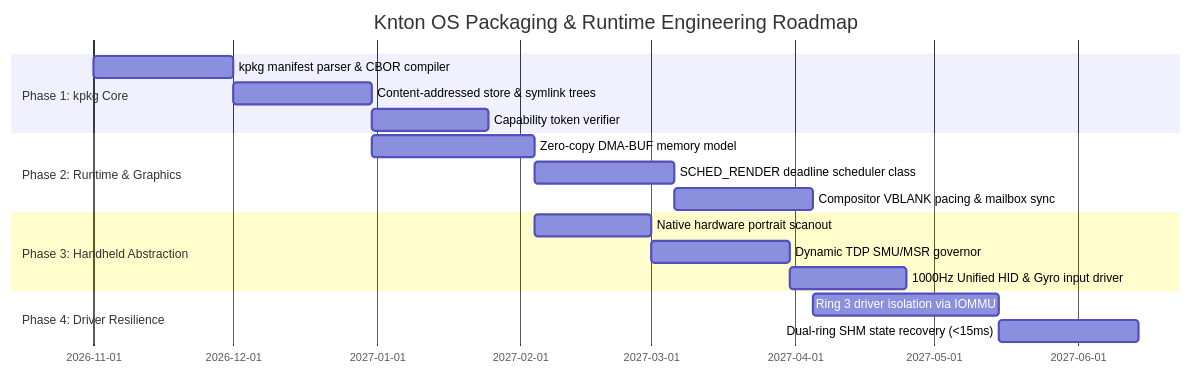
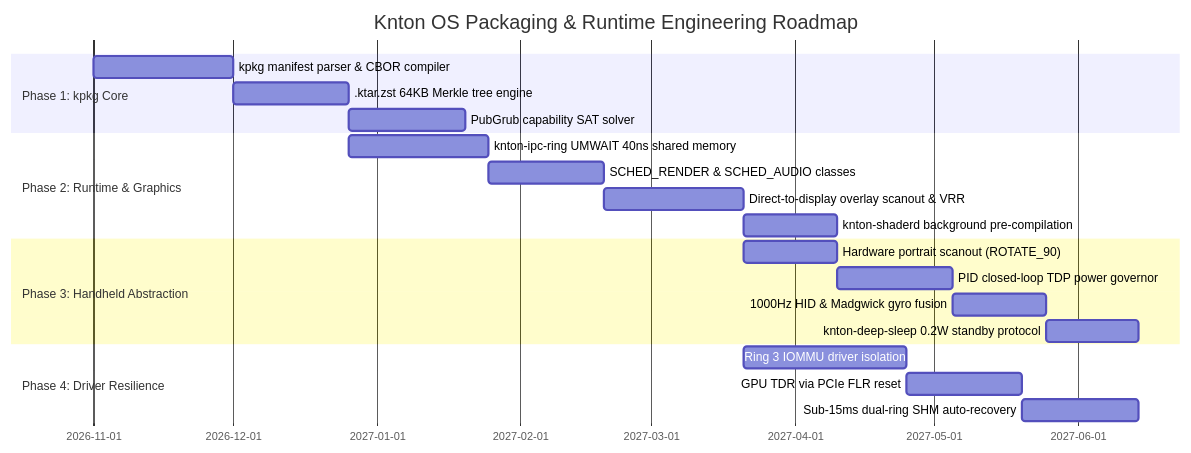
Before and after one commit to KyroXova/KntonOS: the third of 3 diagrams in docs/architecture/RESEARCH-002-future-os-expansion-and-package-ecosystem.md, drawn with Mermaid. The commit also changed other lines of this file, not shown here.

Commit message:
Expand RESEARCH-002 with 30-turn consensus on packaging, IPC, resilience, and handheld profiling

````diff
--- a/docs/architecture/RESEARCH-002-future-os-expansion-and-package-ecosystem.md
+++ b/docs/architecture/RESEARCH-002-future-os-expansion-and-package-ecosystem.md
@@ -316,20 +349,23 @@
 ```mermaid
 gantt
     title Knton OS Packaging & Runtime Engineering Roadmap
     dateFormat  YYYY-MM-DD
     section Phase 1: kpkg Core
     kpkg manifest parser & CBOR compiler     :p1_1, 2026-11-01, 30d
-    Content-addressed store & symlink trees  :p1_2, after p1_1, 30d
-    Capability token verifier                :p1_3, after p1_2, 25d
+    .ktar.zst 64KB Merkle tree engine        :p1_2, after p1_1, 25d
+    PubGrub capability SAT solver            :p1_3, after p1_2, 25d
     section Phase 2: Runtime & Graphics
-    Zero-copy DMA-BUF memory model           :p2_1, after p1_2, 35d
-    SCHED_RENDER deadline scheduler class    :p2_2, after p2_1, 30d
-    Compositor VBLANK pacing & mailbox sync  :p2_3, after p2_2, 30d
+    knton-ipc-ring UMWAIT 40ns shared memory :p2_1, after p1_2, 30d
+    SCHED_RENDER & SCHED_AUDIO classes       :p2_2, after p2_1, 25d
+    Direct-to-display overlay scanout & VRR  :p2_3, after p2_2, 30d
+    knton-shaderd background pre-compilation :p2_4, after p2_3, 20d
     section Phase 3: Handheld Abstraction
-    Native hardware portrait scanout         :p3_1, after p2_1, 25d
-    Dynamic TDP SMU/MSR governor             :p3_2, after p3_1, 30d
-    1000Hz Unified HID & Gyro input driver   :p3_3, after p3_2, 25d
+    Hardware portrait scanout (ROTATE_90)    :p3_1, after p2_3, 20d
+    PID closed-loop TDP power governor       :p3_2, after p3_1, 25d
+    1000Hz HID & Madgwick gyro fusion        :p3_3, after p3_2, 20d
+    knton-deep-sleep 0.2W standby protocol   :p3_4, after p3_3, 20d
     section Phase 4: Driver Resilience
-    Ring 3 driver isolation via IOMMU        :p4_1, after p2_3, 40d
-    Dual-ring SHM state recovery (<15ms)     :p4_2, after p4_1, 30d
+    Ring 3 IOMMU driver isolation            :p4_1, after p2_3, 35d
+    GPU TDR via PCIe FLR reset               :p4_2, after p4_1, 25d
+    Sub-15ms dual-ring SHM auto-recovery     :p4_3, after p4_2, 25d
 ```
````
